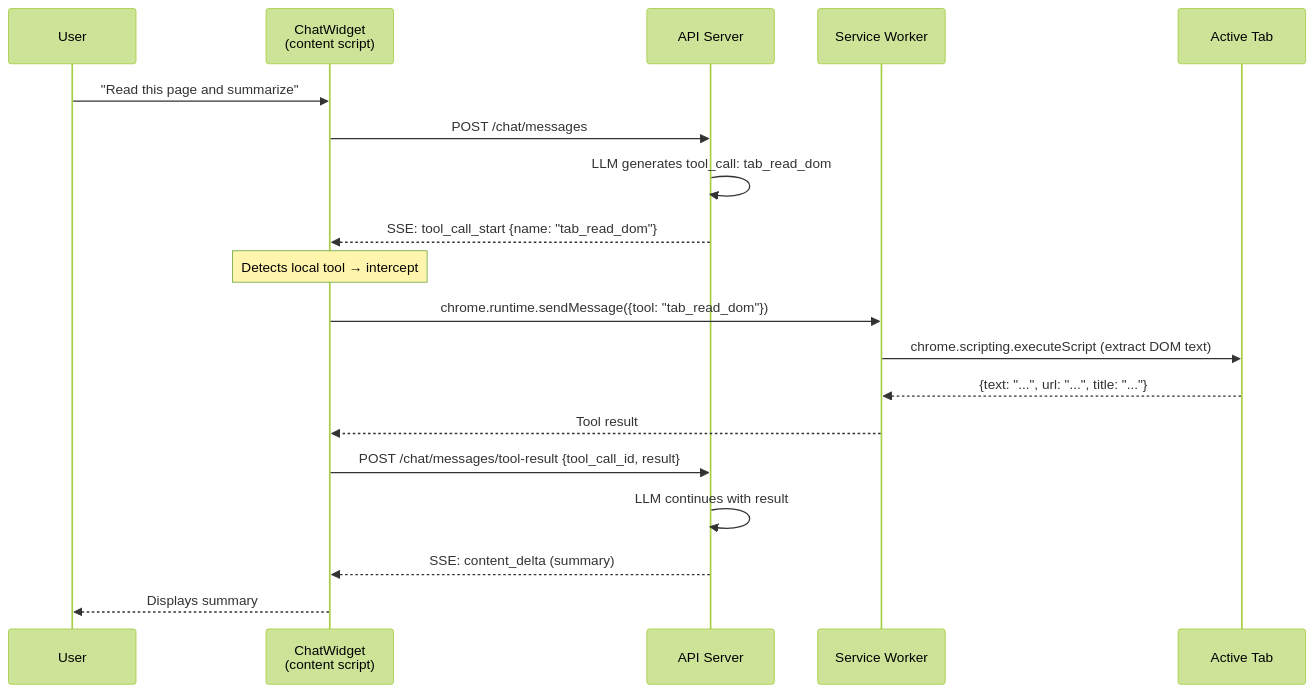
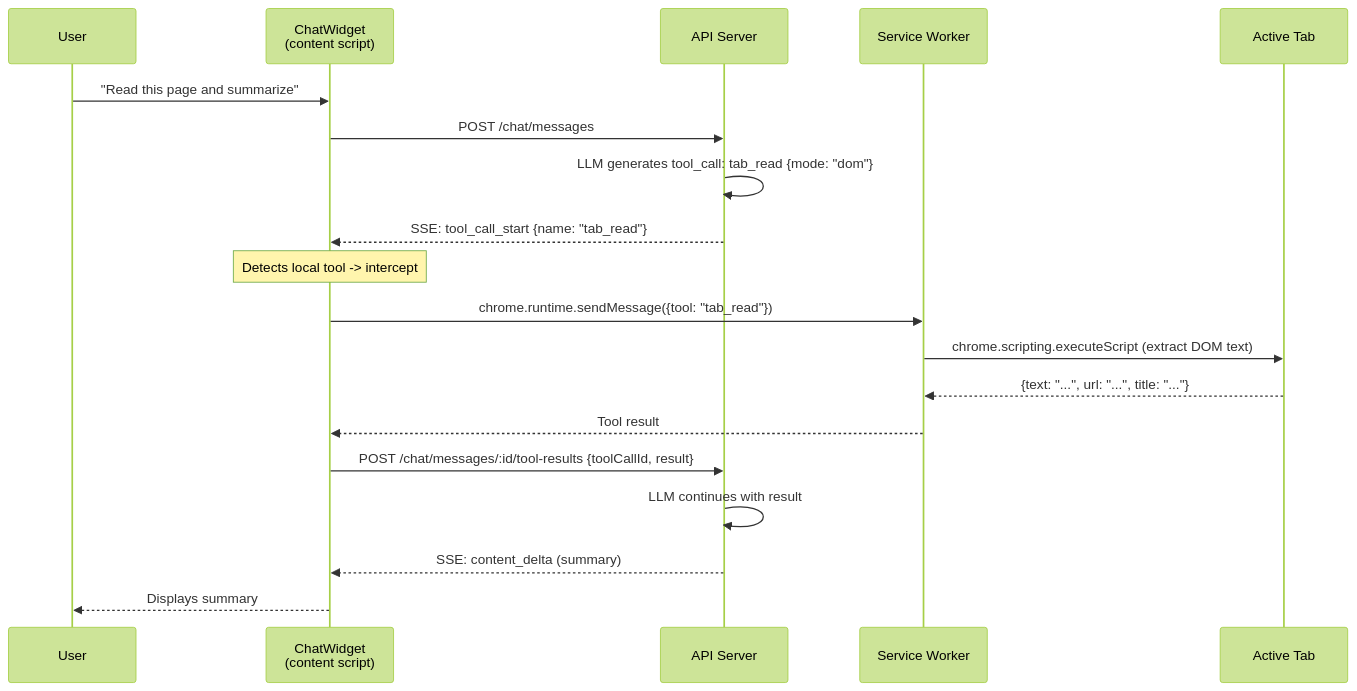
The second of 2 diagrams in spec/SPEC_CHROME_PLUGIN.md (rhanka/sentropic), drawn with Mermaid (forest theme) before and after one commit. The commit also changed other lines of this file and 4 other files, not shown here.

````diff
--- a/spec/SPEC_CHROME_PLUGIN.md
+++ b/spec/SPEC_CHROME_PLUGIN.md
@@ -223,23 +223,23 @@
 ```mermaid
 sequenceDiagram
     participant User
     participant ChatWidget as ChatWidget<br/>(content script)
     participant API as API Server
     participant SW as Service Worker
     participant Tab as Active Tab
 
     User->>ChatWidget: "Read this page and summarize"
     ChatWidget->>API: POST /chat/messages
-    API->>API: LLM generates tool_call: tab_read_dom
-    API-->>ChatWidget: SSE: tool_call_start {name: "tab_read_dom"}
+    API->>API: LLM generates tool_call: tab_read {mode: "dom"}
+    API-->>ChatWidget: SSE: tool_call_start {name: "tab_read"}
     
-    Note over ChatWidget: Detects local tool → intercept
-    ChatWidget->>SW: chrome.runtime.sendMessage({tool: "tab_read_dom"})
+    Note over ChatWidget: Detects local tool -> intercept
+    ChatWidget->>SW: chrome.runtime.sendMessage({tool: "tab_read"})
     SW->>Tab: chrome.scripting.executeScript (extract DOM text)
     Tab-->>SW: {text: "...", url: "...", title: "..."}
     SW-->>ChatWidget: Tool result
-    ChatWidget->>API: POST /chat/messages/tool-result {tool_call_id, result}
+    ChatWidget->>API: POST /chat/messages/:id/tool-results {toolCallId, result}
     API->>API: LLM continues with result
     API-->>ChatWidget: SSE: content_delta (summary)
     ChatWidget-->>User: Displays summary
 ```
````
